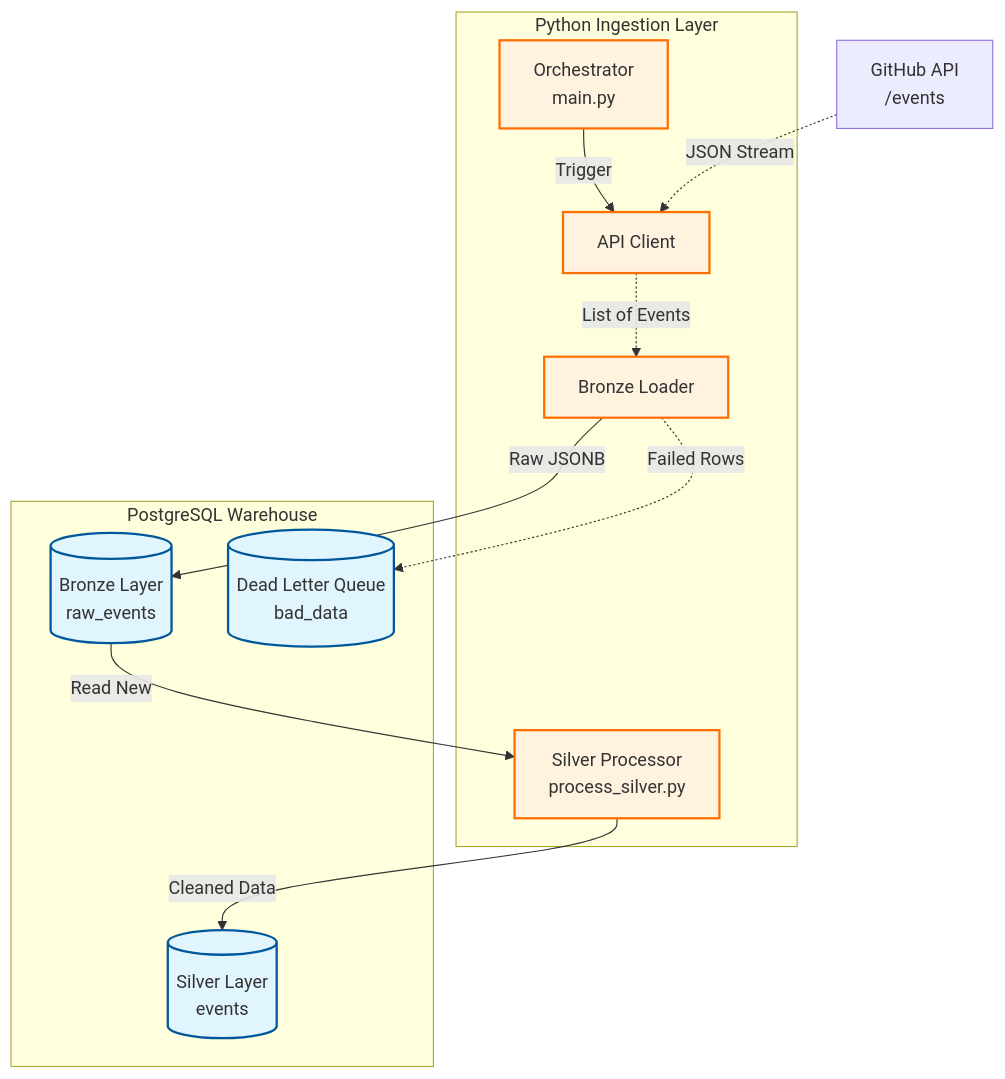
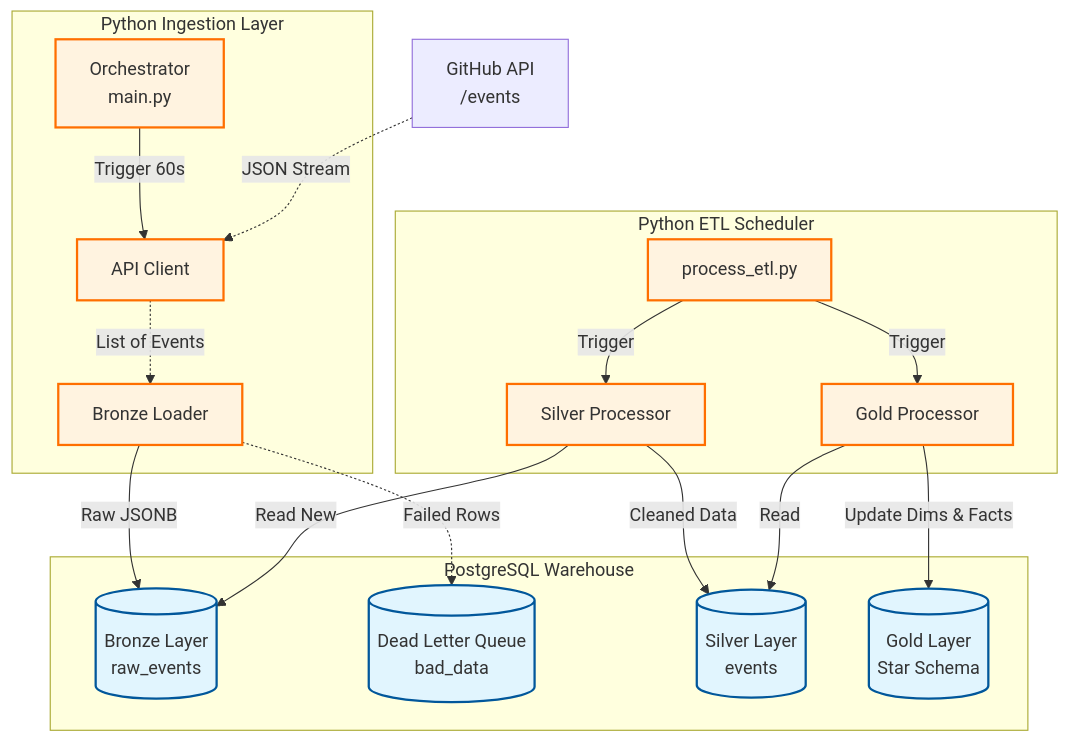
Before and after one commit to Rageshrpillai/event-to-analytics-data-platform: the first of 2 diagrams in README.md, drawn with Mermaid. The commit also changed other lines of this file, not shown here.

First line of the commit message:
Enhance README with Gold Layer details and features

````diff
--- a/README.md
+++ b/README.md
@@ -13,36 +25,46 @@
 ```mermaid
 graph TD
     %% Nodes
     GitHub[GitHub API <br/> /events]
     
     subgraph Ingestion_Layer [Python Ingestion Layer]
         Orch[Orchestrator <br/> main.py]
         Fetcher[API Client]
         Loader[Bronze Loader]
-        SilverProc[Silver Processor <br/> process_silver.py]
     end
     
     subgraph Storage_Layer [PostgreSQL Warehouse]
         Bronze[(Bronze Layer <br/> raw_events)]
         DLQ[(Dead Letter Queue <br/> bad_data)]
         Silver[(Silver Layer <br/> events)]
+        Gold[(Gold Layer <br/> Star Schema)]
+    end
+
+    subgraph ETL_Layer [Python ETL Scheduler]
+        Scheduler[process_etl.py]
+        SilverProc[Silver Processor]
+        GoldProc[Gold Processor]
     end
 
     %% Flow
-    Orch -->|Trigger| Fetcher
+    Orch -->|Trigger 60s| Fetcher
     GitHub -.->|JSON Stream| Fetcher
     Fetcher -.->|List of Events| Loader
     
     Loader -->|Raw JSONB| Bronze
     Loader -.->|Failed Rows| DLQ
     
-    Bronze -->|Read New| SilverProc
+    Scheduler -->|Trigger| SilverProc
+    SilverProc -->|Read New| Bronze
     SilverProc -->|Cleaned Data| Silver
     
+    Scheduler -->|Trigger| GoldProc
+    GoldProc -->|Read| Silver
+    GoldProc -->|Update Dims & Facts| Gold
+
     %% Styling
     classDef storage fill:#e1f5fe,stroke:#01579b,stroke-width:2px;
     classDef process fill:#fff3e0,stroke:#ff6f00,stroke-width:2px;
-    class Bronze,DLQ,Silver storage;
-    class Fetcher,Loader,SilverProc,Orch process;
-
+    class Bronze,DLQ,Silver,Gold storage;
+    class Fetcher,Loader,SilverProc,GoldProc,Orch,Scheduler process;
 ```
````
